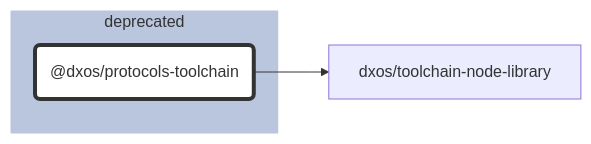
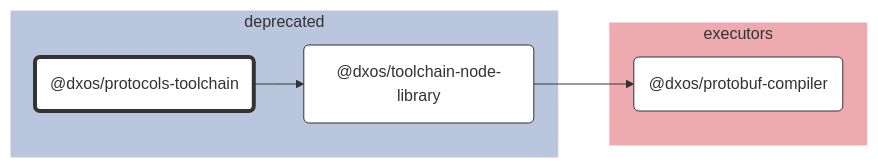
The diagram in tools/deprecated/protocols-toolchain/docs/README.md (dxos/dxos), drawn with Mermaid before and after one commit. The commit also changed 69 other files, not shown here.

````diff
--- a/tools/deprecated/protocols-toolchain/docs/README.md
+++ b/tools/deprecated/protocols-toolchain/docs/README.md
@@ -7,21 +7,30 @@
 ```mermaid
 %%{ init: {'flowchart':{'curve':'basis'}} }%%
 
 flowchart LR
 
 %% Classes
 classDef def fill:#fff,stroke:#333,stroke-width:1px
 classDef root fill:#fff,stroke:#333,stroke-width:4px
 
 %% Nodes
 
 subgraph deprecated [deprecated]
   style deprecated fill:#bac5de,stroke:#fff
   dxos/protocols-toolchain("@dxos/protocols-toolchain"):::root
   click dxos/protocols-toolchain "dxos/dxos/tree/main/tools/deprecated/protocols-toolchain/docs"
+  dxos/toolchain-node-library("@dxos/toolchain-node-library"):::def
+  click dxos/toolchain-node-library "dxos/dxos/tree/main/tools/deprecated/toolchain-node-library/docs"
+end
+
+subgraph executors [executors]
+  style executors fill:#edabb0,stroke:#fff
+  dxos/protobuf-compiler("@dxos/protobuf-compiler"):::def
+  click dxos/protobuf-compiler "dxos/dxos/tree/main/tools/executors/protobuf-compiler/docs"
 end
 
 %% Links
 linkStyle default stroke:#333,stroke-width:1px
 dxos/protocols-toolchain --> dxos/toolchain-node-library
+dxos/toolchain-node-library --> dxos/protobuf-compiler
 ```
````
